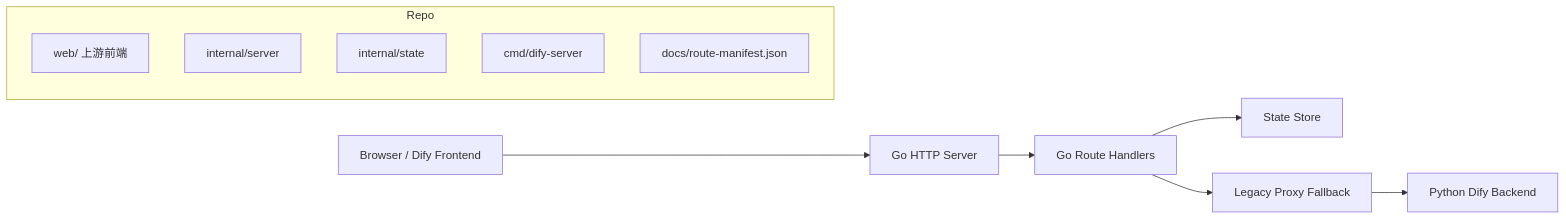
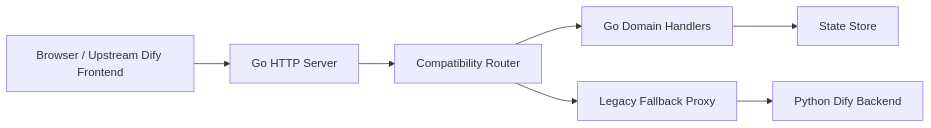
One commit to csonxx/dify-go changed the diagram in docs/ARCHITECTURE.md. Above: the diagram before and after it, drawn with Mermaid. The commit also changed other lines of this file and 8 other files, not shown here.

Commit message:
Document architecture and start dataset migration

````diff
--- a/docs/ARCHITECTURE.md
+++ b/docs/ARCHITECTURE.md
@@ -82,16 +109,9 @@
 ```mermaid
 flowchart LR
-    A["Browser / Dify Frontend"] --> B["Go HTTP Server"]
-    B --> C["Go Route Handlers"]
-    C --> D["State Store"]
-    C --> E["Legacy Proxy Fallback"]
-    E --> F["Python Dify Backend"]
-
-    subgraph Repo
-      G["web/ 上游前端"]
-      H["internal/server"]
-      I["internal/state"]
-      J["cmd/dify-server"]
-      K["docs/route-manifest.json"]
-    end
+    A["Browser / Upstream Dify Frontend"] --> B["Go HTTP Server"]
+    B --> C["Compatibility Router"]
+    C --> D["Go Domain Handlers"]
+    D --> E["State Store"]
+    C --> F["Legacy Fallback Proxy"]
+    F --> G["Python Dify Backend"]
 ```
````
